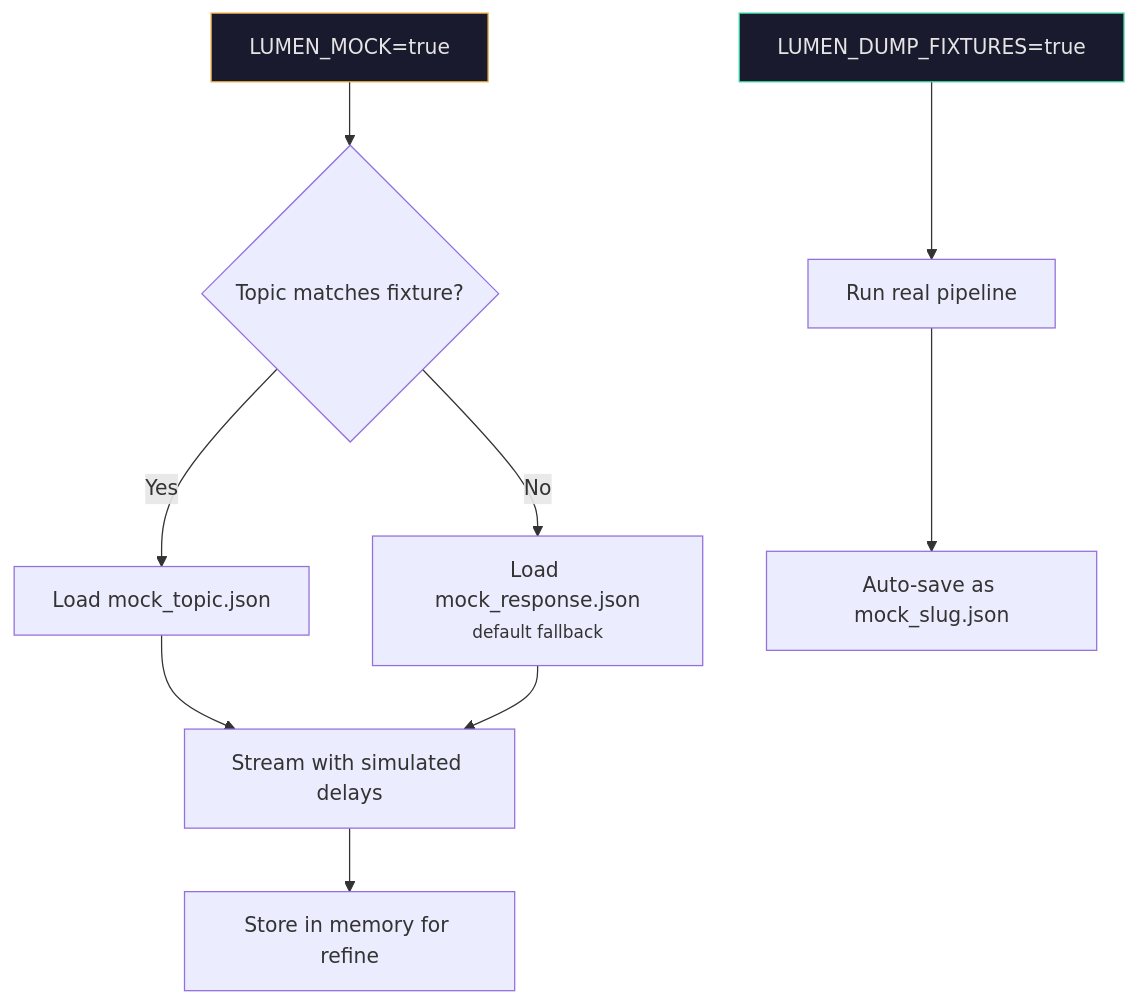
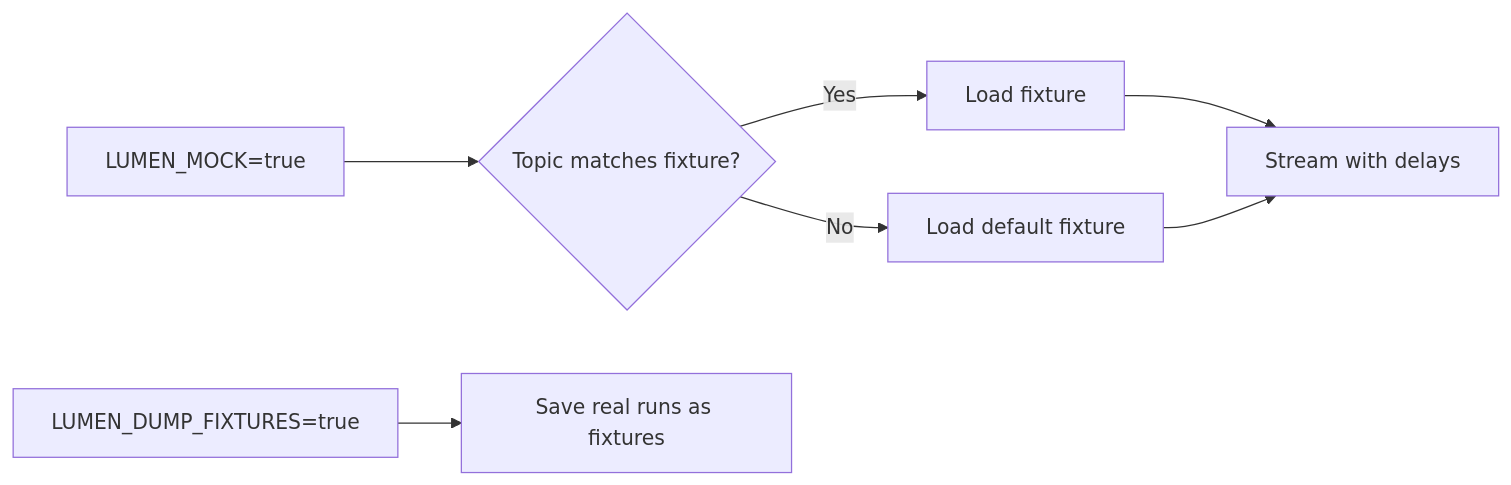
The sixth of 6 diagrams in README.md (valyndsilva/lumen), drawn with Mermaid before and after one commit. The commit also changed other lines of this file and 5 other files, not shown here.

````diff
--- a/README.md
+++ b/README.md
@@ -153,15 +210,9 @@
 ```mermaid
-flowchart TD
+flowchart LR
     A[LUMEN_MOCK=true] --> B{Topic matches fixture?}
-    B -->|Yes| C[Load mock_topic.json]
-    B -->|No| D[Load mock_response.json<br/><small>default fallback</small>]
-    C --> E[Stream with simulated delays]
+    B -->|Yes| C[Load fixture]
+    B -->|No| D[Load default fixture]
+    C --> E[Stream with delays]
     D --> E
-    E --> F[Store in memory for refine]
-
-    G[LUMEN_DUMP_FIXTURES=true] --> H[Run real pipeline]
-    H --> I[Auto-save as mock_slug.json]
-
-    style A fill:#1a1a2e,stroke:#e2a43b,color:#e5e5e5
-    style G fill:#1a1a2e,stroke:#34d399,color:#e5e5e5
+    F[LUMEN_DUMP_FIXTURES=true] --> G[Save real runs as fixtures]
 ```
````
